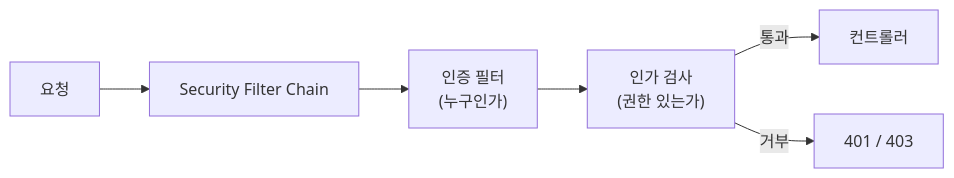
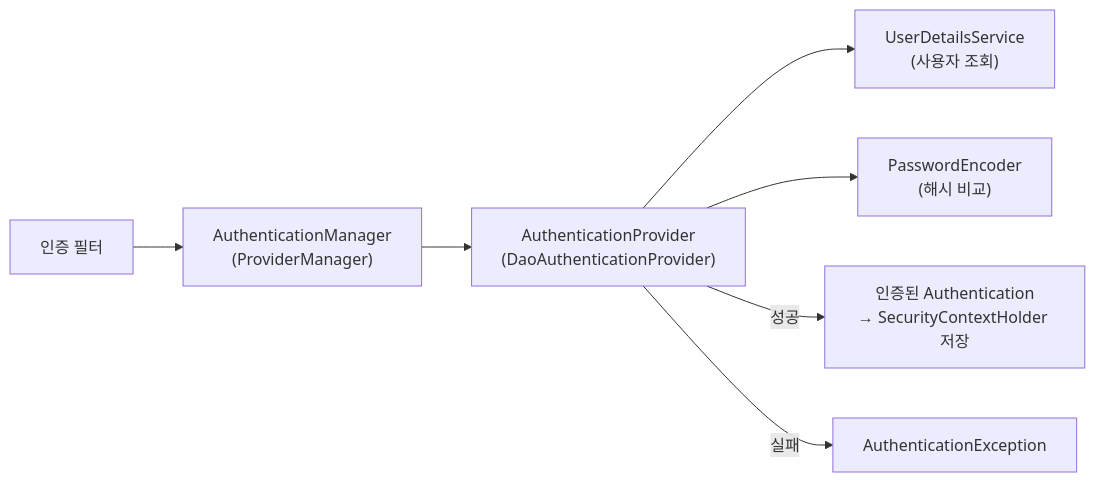
The second of 2 diagrams in _posts/2026-05-07-springboot-security-basics.md (parksangji/parksangji.github.io), drawn with Mermaid before and after one commit. The commit also changed other lines of this file and 22 other files, not shown here.

````diff
--- a/_posts/2026-05-07-springboot-security-basics.md
+++ b/_posts/2026-05-07-springboot-security-basics.md
@@ -25,8 +97,9 @@
 ```mermaid
 flowchart LR
-    R[요청] --> F["Security Filter Chain"]
-    F --> A["인증 필터<br/>(누구인가)"]
-    A --> Z["인가 검사<br/>(권한 있는가)"]
-    Z -->|통과| C[컨트롤러]
-    Z -->|거부| E["401 / 403"]
+    AF["인증 필터"] --> AM["AuthenticationManager<br/>(ProviderManager)"]
+    AM --> AP["AuthenticationProvider<br/>(DaoAuthenticationProvider)"]
+    AP --> UDS["UserDetailsService<br/>(사용자 조회)"]
+    AP --> PE["PasswordEncoder<br/>(해시 비교)"]
+    AP -->|성공| SC["인증된 Authentication<br/>→ SecurityContextHolder 저장"]
+    AP -->|실패| EX["AuthenticationException"]
 ```
````
